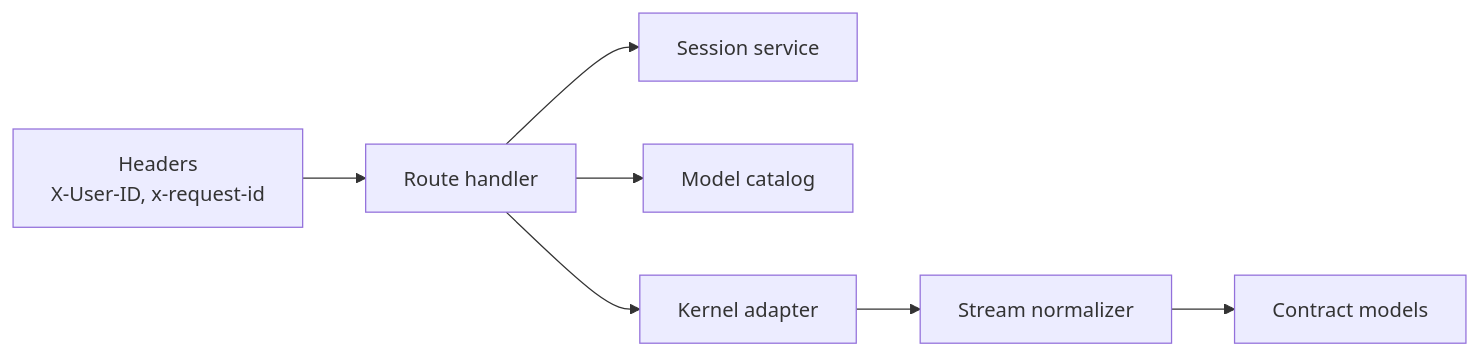
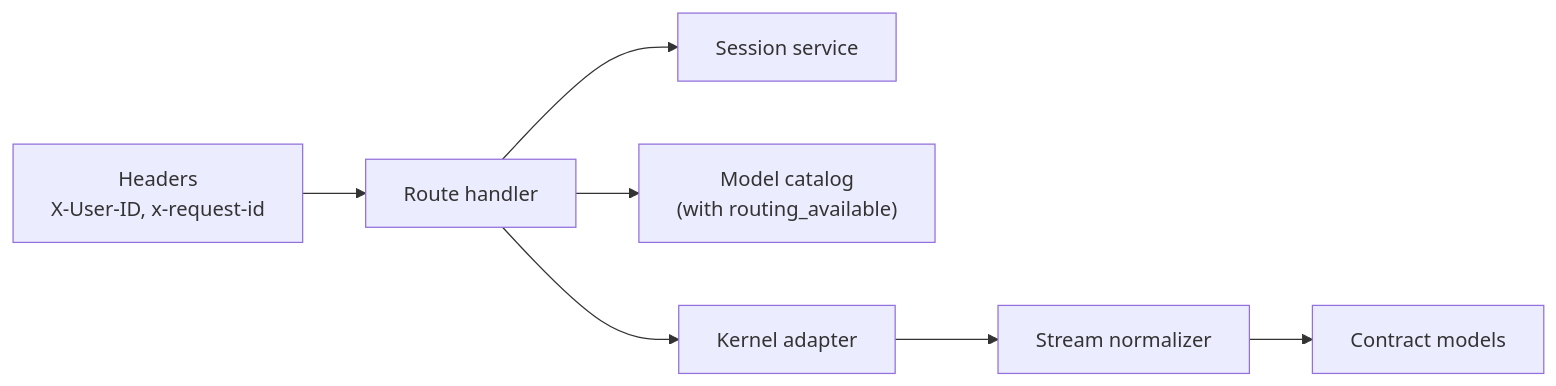
The third of 3 diagrams in .qoder/repowiki/en/content/Shared Contracts/API Schemas/Agent Communication Schemas/Chat Request and Response Schemas.md (metasync/luban-aiops), drawn with Mermaid before and after one commit. The commit also changed other lines of this file and 6 other files, not shown here.

````diff
--- a/.qoder/repowiki/en/content/Shared Contracts/API Schemas/Agent Communication Schemas/Chat Request and Response Schemas.md
+++ b/.qoder/repowiki/en/content/Shared Contracts/API Schemas/Agent Communication Schemas/Chat Request and Response Schemas.md
@@ -248,9 +289,9 @@
 ```mermaid
 graph LR
 H["Headers<br/>X-User-ID, x-request-id"] --> R["Route handler"]
 R --> S["Session service"]
-R --> M["Model catalog"]
+R --> M["Model catalog<br/>(with routing_available)"]
 R --> K["Kernel adapter"]
 K --> E["Stream normalizer"]
 E --> C["Contract models"]
 ```
````
